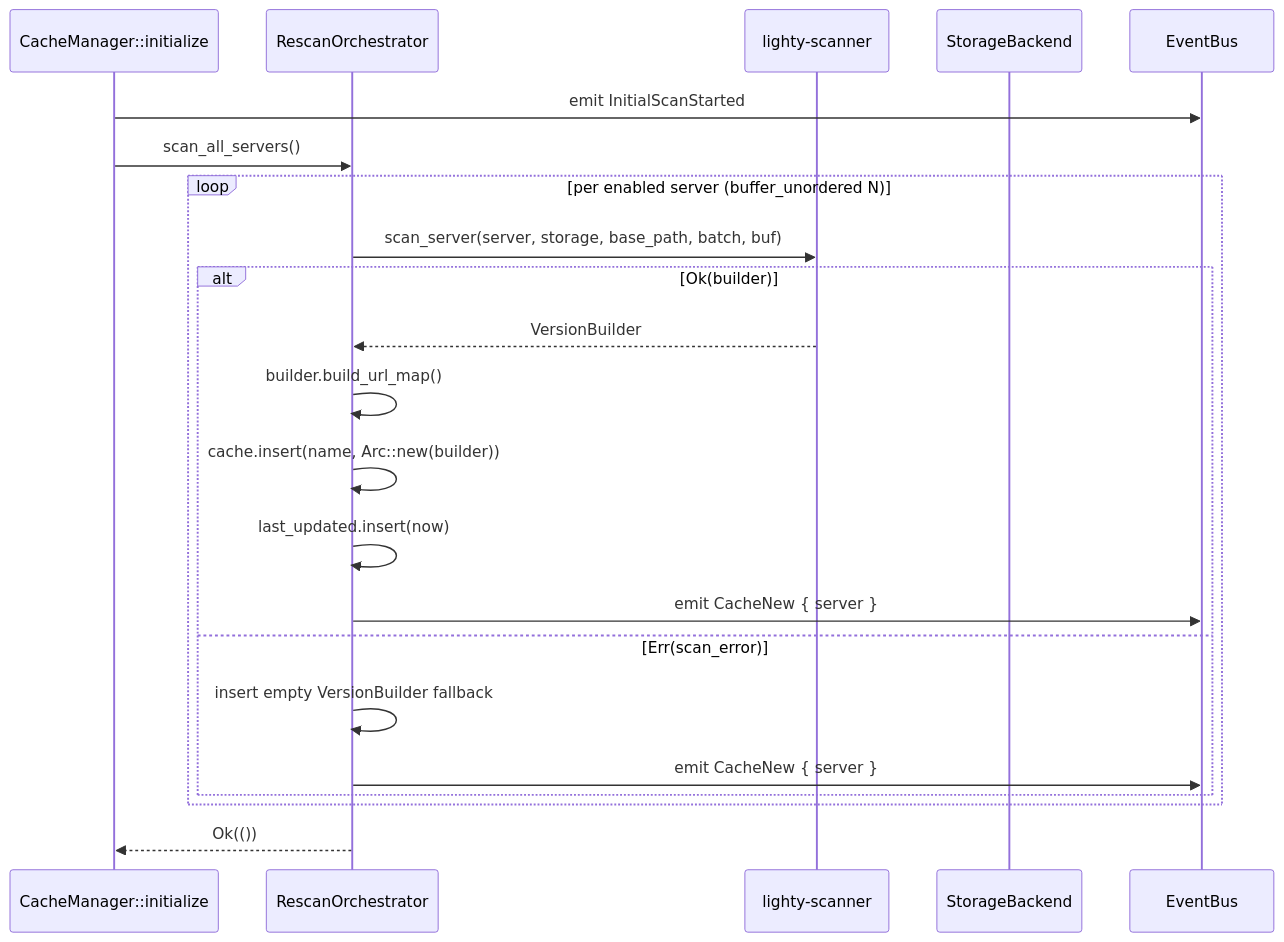
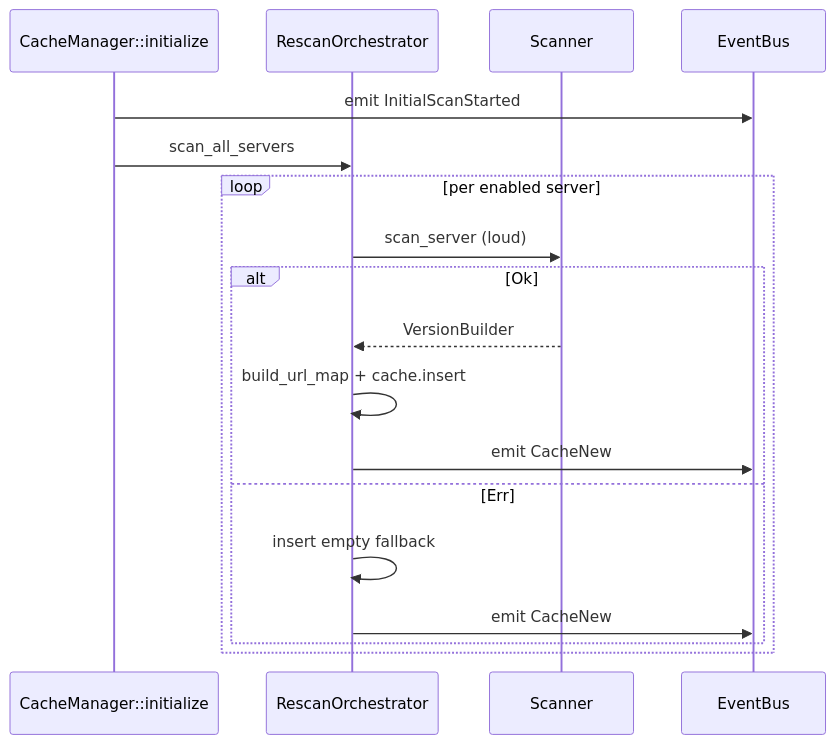
Before and after one commit to Lighty-Launcher/LightyUpdater: the first of 5 diagrams in crates/rescan/docs/flows.md, drawn with Mermaid. The commit also changed other lines of this file and 22 other files, not shown here.

First line of the commit message:
Simplify per-crate docs + harden mermaid for GitBook

````diff
--- a/crates/rescan/docs/flows.md
+++ b/crates/rescan/docs/flows.md
@@ -11,25 +5,21 @@
 ```mermaid
 sequenceDiagram
     participant Init as CacheManager::initialize
     participant Orch as RescanOrchestrator
-    participant Scanner as lighty-scanner
-    participant Storage as StorageBackend
+    participant Scanner
     participant Bus as EventBus
 
     Init->>Bus: emit InitialScanStarted
-    Init->>Orch: scan_all_servers()
-    loop per enabled server (buffer_unordered N)
-        Orch->>Scanner: scan_server(server, storage, base_path, batch, buf)
-        alt Ok(builder)
+    Init->>Orch: scan_all_servers
+    loop per enabled server
+        Orch->>Scanner: scan_server (loud)
+        alt Ok
             Scanner-->>Orch: VersionBuilder
-            Orch->>Orch: builder.build_url_map()
-            Orch->>Orch: cache.insert(name, Arc::new(builder))
-            Orch->>Orch: last_updated.insert(now)
-            Orch->>Bus: emit CacheNew { server }
-        else Err(scan_error)
-            Orch->>Orch: insert empty VersionBuilder fallback
-            Orch->>Bus: emit CacheNew { server }
+            Orch->>Orch: build_url_map + cache.insert
+            Orch->>Bus: emit CacheNew
+        else Err
+            Orch->>Orch: insert empty fallback
+            Orch->>Bus: emit CacheNew
         end
     end
-    Orch-->>Init: Ok(())
 ```
````
